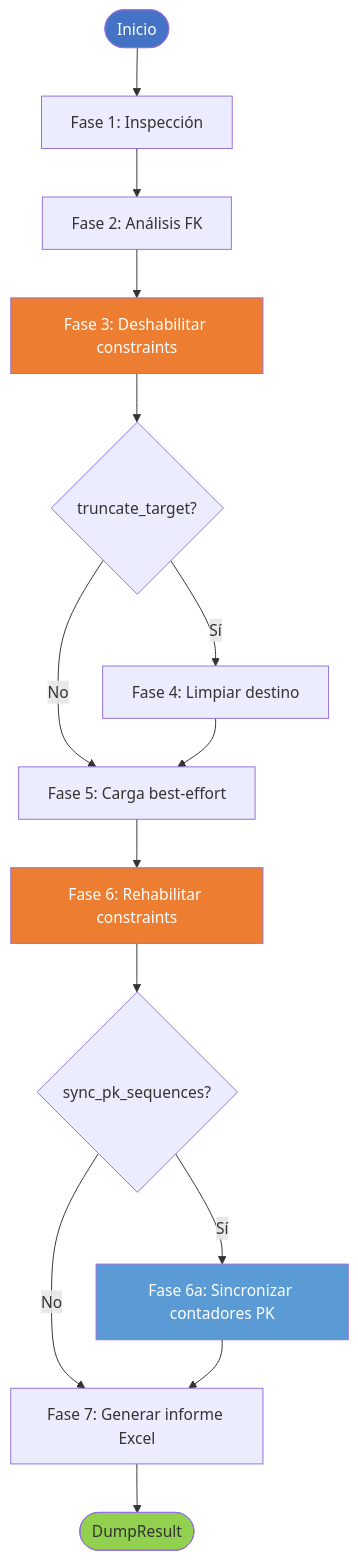
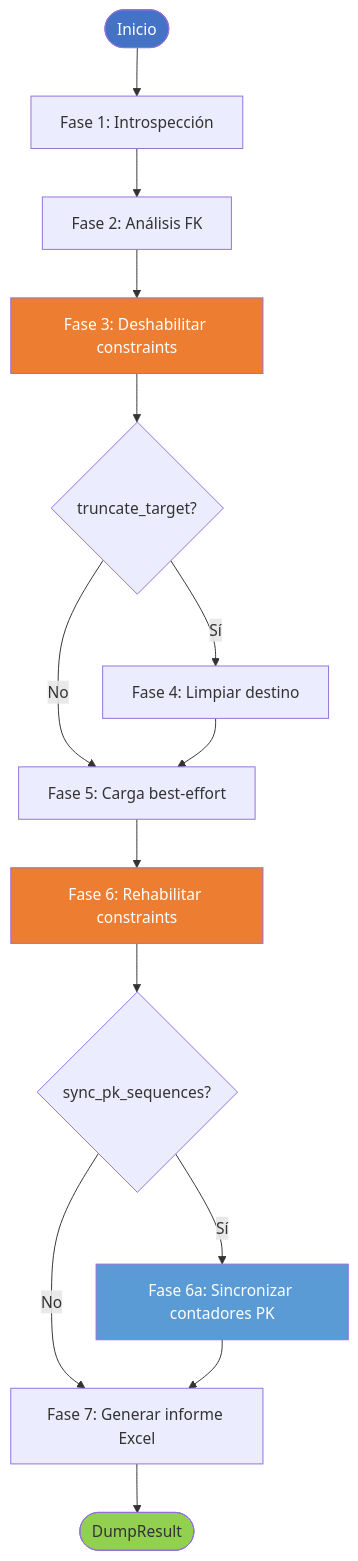
One commit to fmanza/util_bbdd changed the diagram in docs/functional/dump-data-export.md. Above: the diagram before and after it, drawn with Mermaid. The commit also changed other lines of this file and 10 other files, not shown here.

````diff
--- a/docs/functional/dump-data-export.md
+++ b/docs/functional/dump-data-export.md
@@ -30,22 +30,22 @@
 ```mermaid
 flowchart TD
-    A([Inicio]) --> B[Fase 1: Inspección]
+    A([Inicio]) --> B[Fase 1: Introspección]
     B --> C[Fase 2: Análisis FK]
     C --> D[Fase 3: Deshabilitar constraints]
     D --> E{truncate_target?}
     E -- Sí --> F[Fase 4: Limpiar destino]
     E -- No --> G
     F --> G[Fase 5: Carga best-effort]
     G --> H[Fase 6: Rehabilitar constraints]
     H --> J{sync_pk_sequences?}
     J -- Sí --> K[Fase 6a: Sincronizar contadores PK]
     J -- No --> I
     K --> I[Fase 7: Generar informe Excel]
     I --> Z([DumpResult])
 
     style A fill:#4472C4,color:#fff
     style Z fill:#92D050,color:#333
     style D fill:#ED7D31,color:#fff
     style H fill:#ED7D31,color:#fff
     style K fill:#5B9BD5,color:#fff
 ```
````
